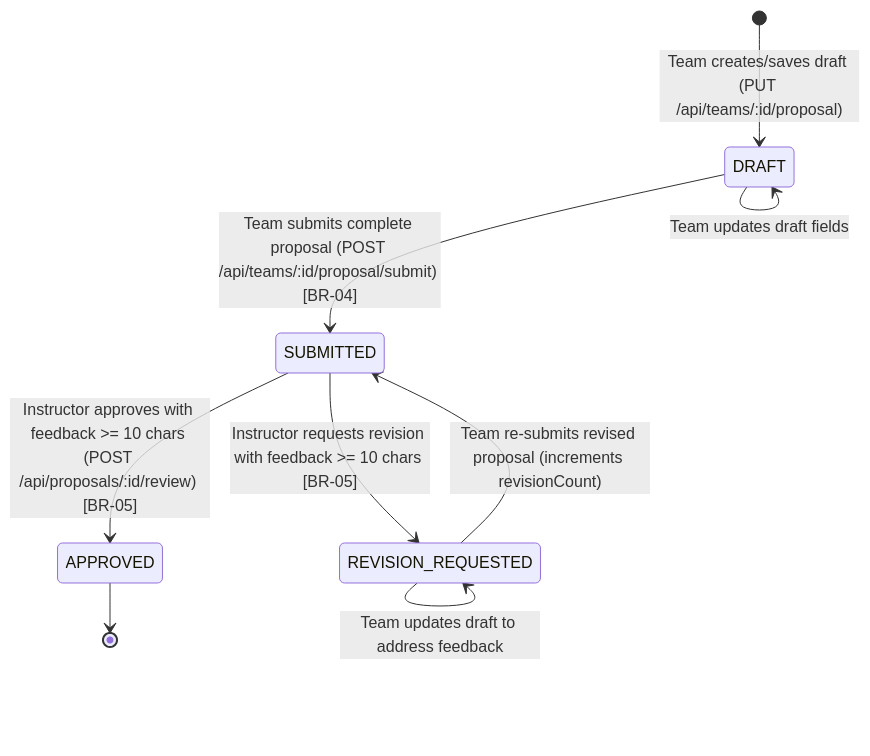
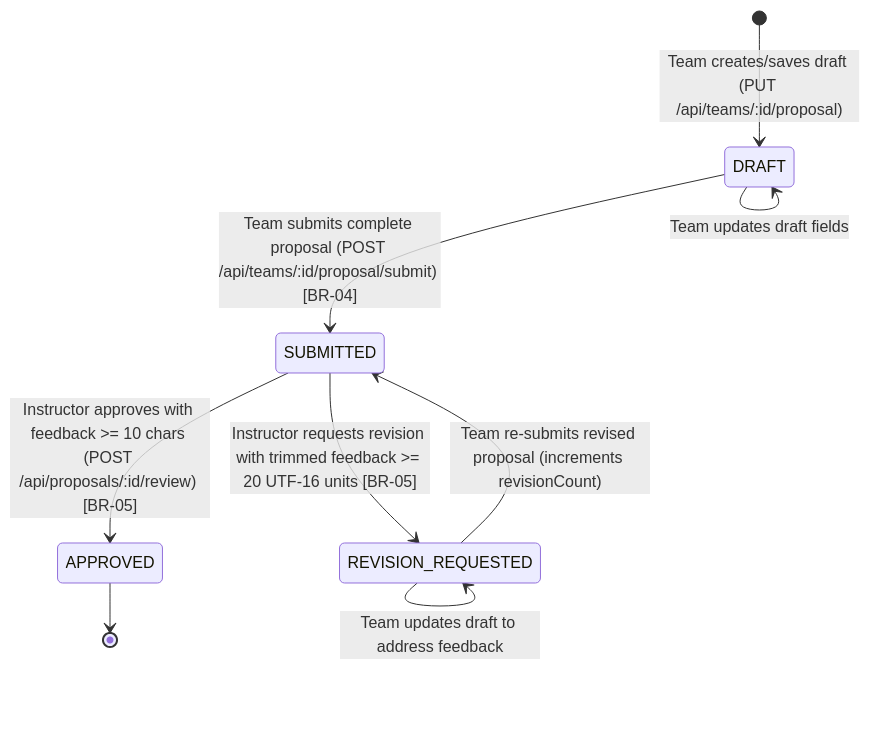
Before and after one commit to Magiciancat9/Course_management: the diagram in docs/sprints/sprint-1/f02-team-and-proposal-workflow.md, drawn with Mermaid. The commit also changed other lines of this file and 10 other files, not shown here.

````diff
--- a/docs/sprints/sprint-1/f02-team-and-proposal-workflow.md
+++ b/docs/sprints/sprint-1/f02-team-and-proposal-workflow.md
@@ -36,11 +43,11 @@
 ```mermaid
 stateDiagram-v2
   [*] --> DRAFT : Team creates/saves draft (PUT /api/teams/:id/proposal)
   DRAFT --> DRAFT : Team updates draft fields
   DRAFT --> SUBMITTED : Team submits complete proposal (POST /api/teams/:id/proposal/submit) [BR-04]
   SUBMITTED --> APPROVED : Instructor approves with feedback >= 10 chars (POST /api/proposals/:id/review) [BR-05]
-  SUBMITTED --> REVISION_REQUESTED : Instructor requests revision with feedback >= 10 chars [BR-05]
+  SUBMITTED --> REVISION_REQUESTED : Instructor requests revision with trimmed feedback >= 20 UTF-16 units [BR-05]
   REVISION_REQUESTED --> REVISION_REQUESTED : Team updates draft to address feedback
   REVISION_REQUESTED --> SUBMITTED : Team re-submits revised proposal (increments revisionCount)
   APPROVED --> [*]
 ```
````
